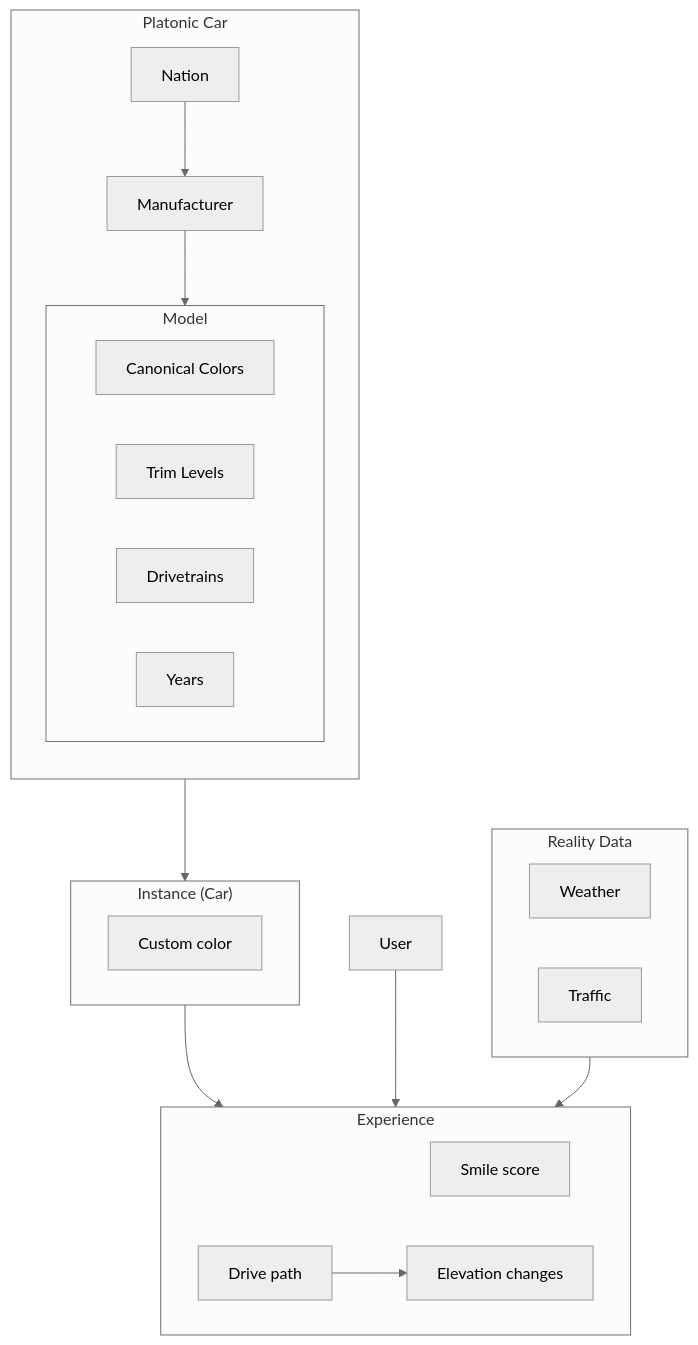
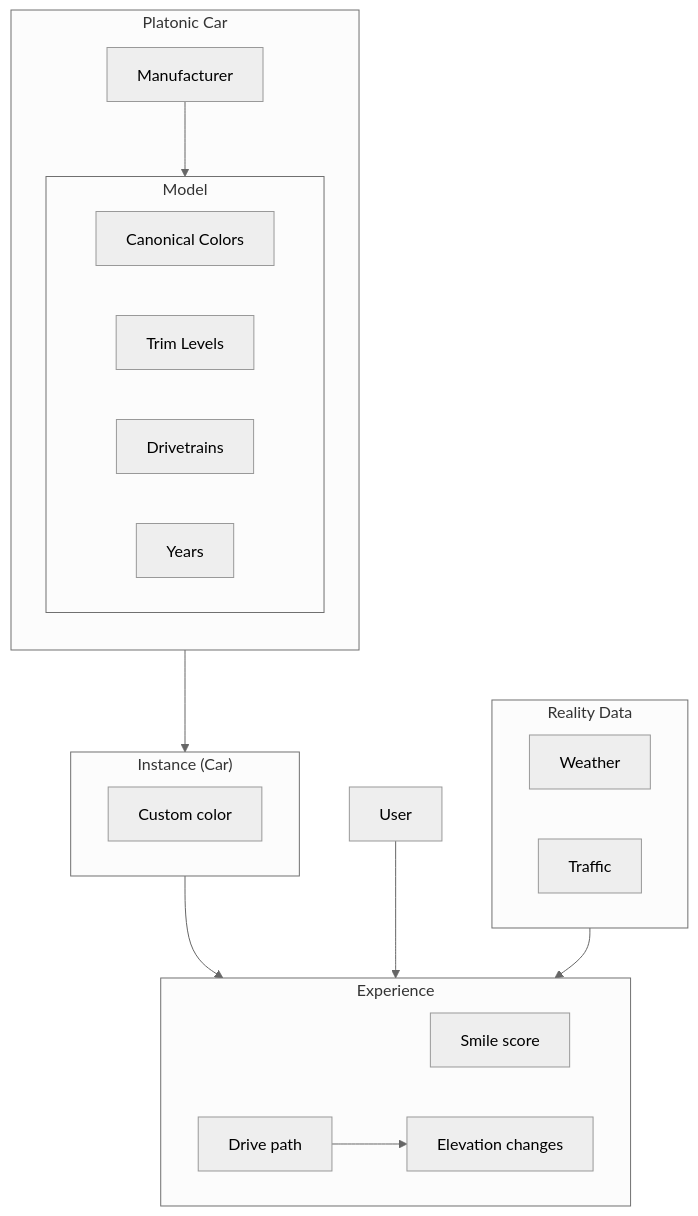
One commit to UUeird/dyno changed the diagram in docs/product.md. Above: the diagram before and after it, drawn with Mermaid (neutral theme).

Commit message:
Remove Nation node from product.md chart (#18)
No country-of-origin field exists on manufacturerSchema — chart was
describing an aspirational field, not the real DB layout.

````diff
--- a/docs/product.md
+++ b/docs/product.md
@@ -7,29 +7,29 @@
 ```mermaid
 flowchart TD
     subgraph PlatonicCar["Platonic Car"]
         direction TD
-        Nation --> Manufacturer --> Model
+        Manufacturer --> Model
         subgraph Model["Model"]
             CanonicalColors["Canonical Colors"]
             Trim["Trim Levels"]
             Drivetrain["Drivetrains"]
             Year["Years"]
         end
     end
     subgraph Instance["Instance (Car)"]
         CustomColor["Custom color"]
     end
     PlatonicCar --> Instance
     subgraph Experience["Experience"]
         SmileScore["Smile score"]
         DrivePath["Drive path"] --> Elevation["Elevation changes"]
     end
     Instance --> Experience
     User --> Experience
 
     subgraph RealityData["Reality Data"]
         Weather
         Traffic
     end
     RealityData --> Experience
 ```
````
